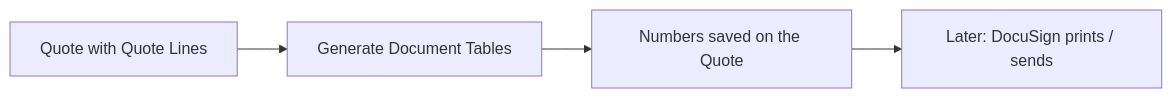
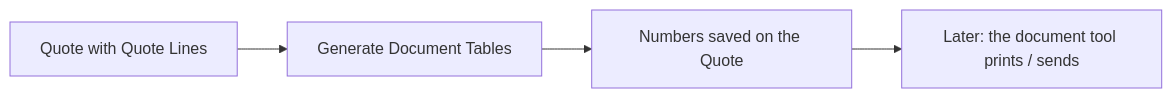
The first of 21 diagrams in docs/quote-document-totals-for-business-admins.md (gkolan/quote-document-totals), drawn with Mermaid before and after one commit. The commit also changed other lines of this file, not shown here.

````diff
--- a/docs/quote-document-totals-for-business-admins.md
+++ b/docs/quote-document-totals-for-business-admins.md
@@ -11,6 +13,6 @@
 ```mermaid
 flowchart LR
     Quote["Quote with Quote Lines"] --> Gen["Generate Document Tables"]
     Gen --> Ready["Numbers saved on the Quote"]
-    Ready --> DocuSign["Later: DocuSign prints / sends"]
+    Ready --> Printing["Later: the document tool prints / sends"]
 ```
````
